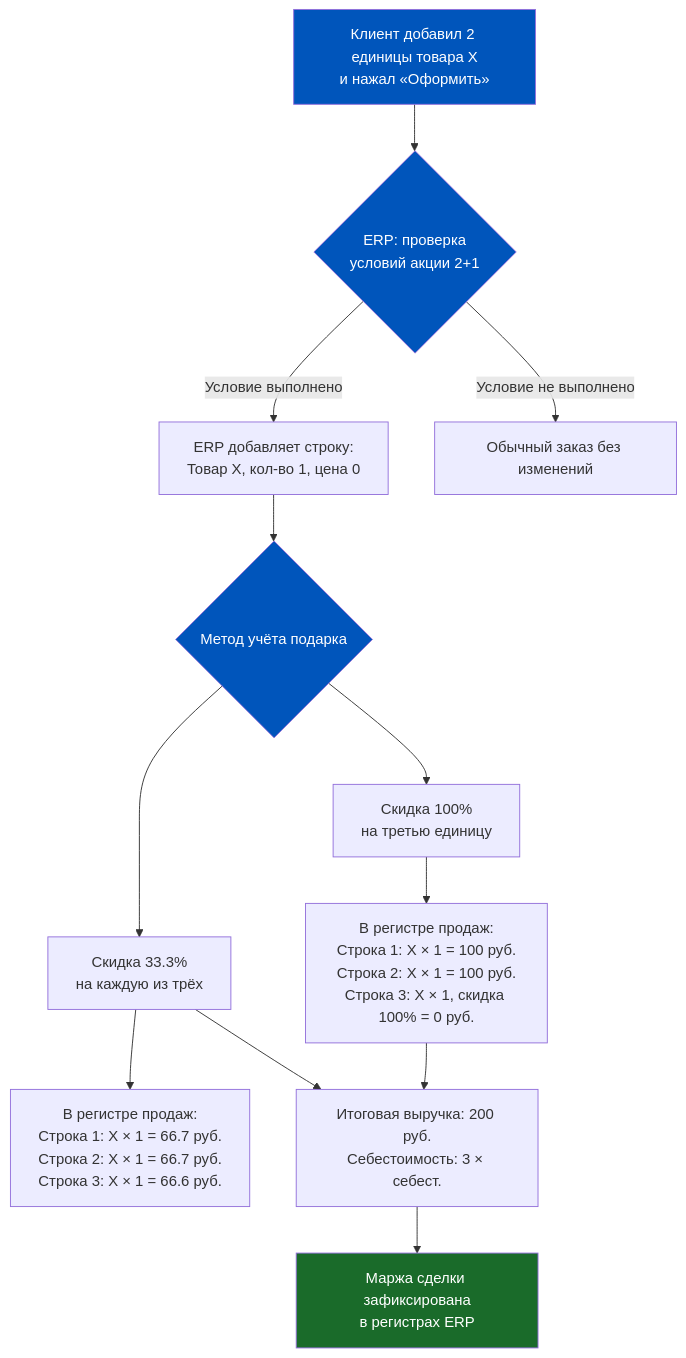
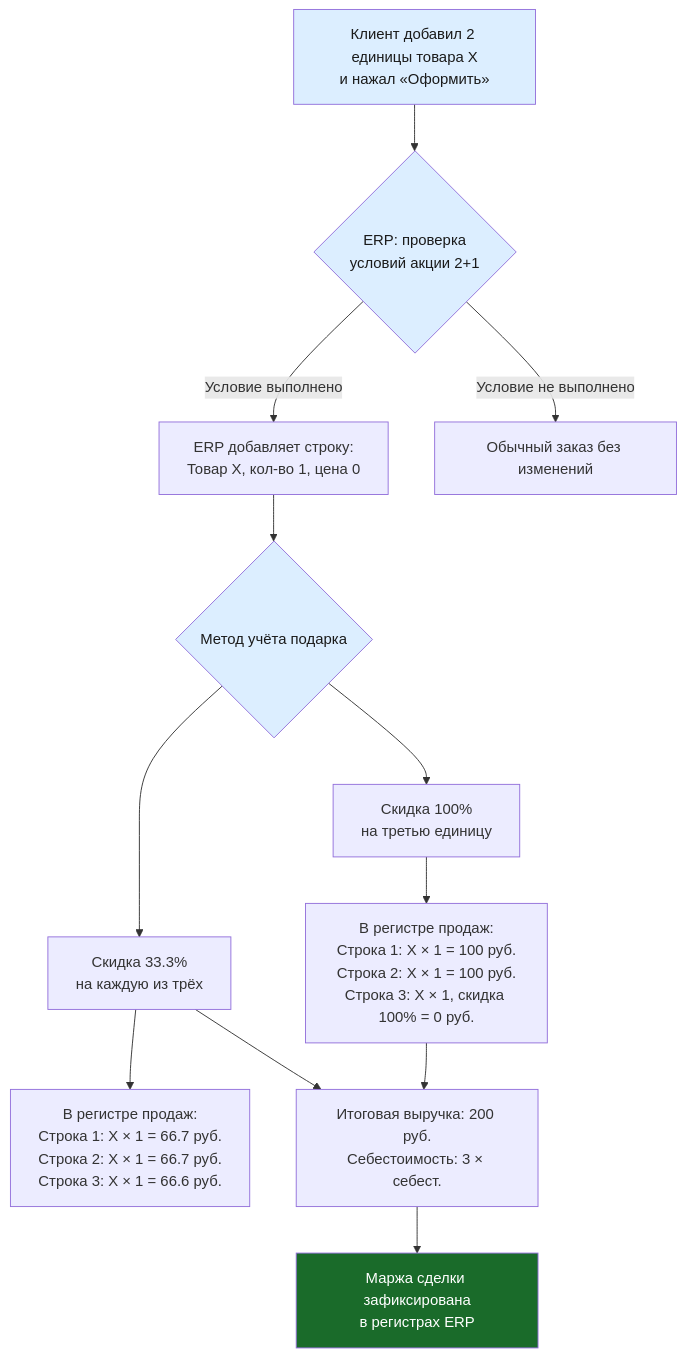
The fourth of 7 diagrams in content/1c-erp/week_6/Неделя 6 - День 5 - Промо и скидки.md (murad1986/1c-erp-quartz), drawn with Mermaid before and after one commit. The commit also changed other lines of this file and 57 other files, not shown here.

First line of the commit message:
fix: Mermaid — пастельные цвета в источниках диаграмм (56 файлов)

````diff
--- a/content/1c-erp/week_6/Неделя 6 - День 5 - Промо и скидки.md
+++ b/content/1c-erp/week_6/Неделя 6 - День 5 - Промо и скидки.md
@@ -227,18 +227,18 @@
 ```mermaid
 flowchart TD
     A[Клиент добавил 2 единицы товара X<br/>и нажал «Оформить»] --> B{ERP: проверка<br/>условий акции 2+1}
     B -->|Условие выполнено| C[ERP добавляет строку:<br/>Товар X, кол-во 1, цена 0]
     B -->|Условие не выполнено| D[Обычный заказ без изменений]
     C --> E{Метод учёта подарка}
     E --> F[Скидка 100%<br/>на третью единицу]
     E --> G[Скидка 33.3%<br/>на каждую из трёх]
     F --> H[В регистре продаж:<br/>Строка 1: X × 1 = 100 руб.<br/>Строка 2: X × 1 = 100 руб.<br/>Строка 3: X × 1, скидка 100% = 0 руб.]
     G --> I[В регистре продаж:<br/>Строка 1: X × 1 = 66.7 руб.<br/>Строка 2: X × 1 = 66.7 руб.<br/>Строка 3: X × 1 = 66.6 руб.]
     H --> J[Итоговая выручка: 200 руб.<br/>Себестоимость: 3 × себест.]
     G --> J
     J --> K[Маржа сделки зафиксирована<br/>в регистрах ERP]
-    style A fill:#0055BB,color:#fff
-    style B fill:#0055BB,color:#fff
-    style E fill:#0055BB,color:#fff
+    style A fill:#dceeff,color:#1a1a1a
+    style B fill:#dceeff,color:#1a1a1a
+    style E fill:#dceeff,color:#1a1a1a
     style K fill:#1a6b2a,color:#fff
 ```
````
